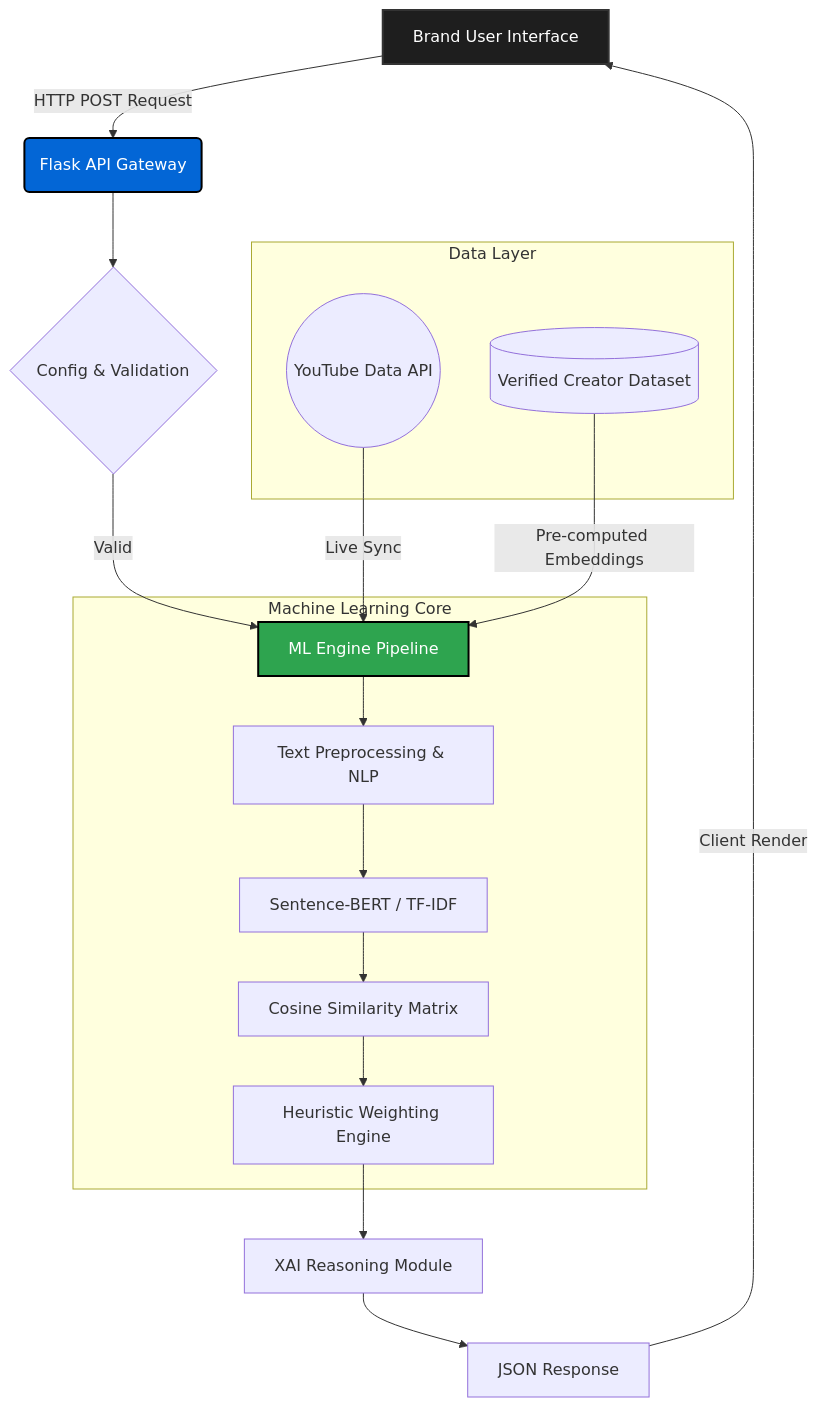
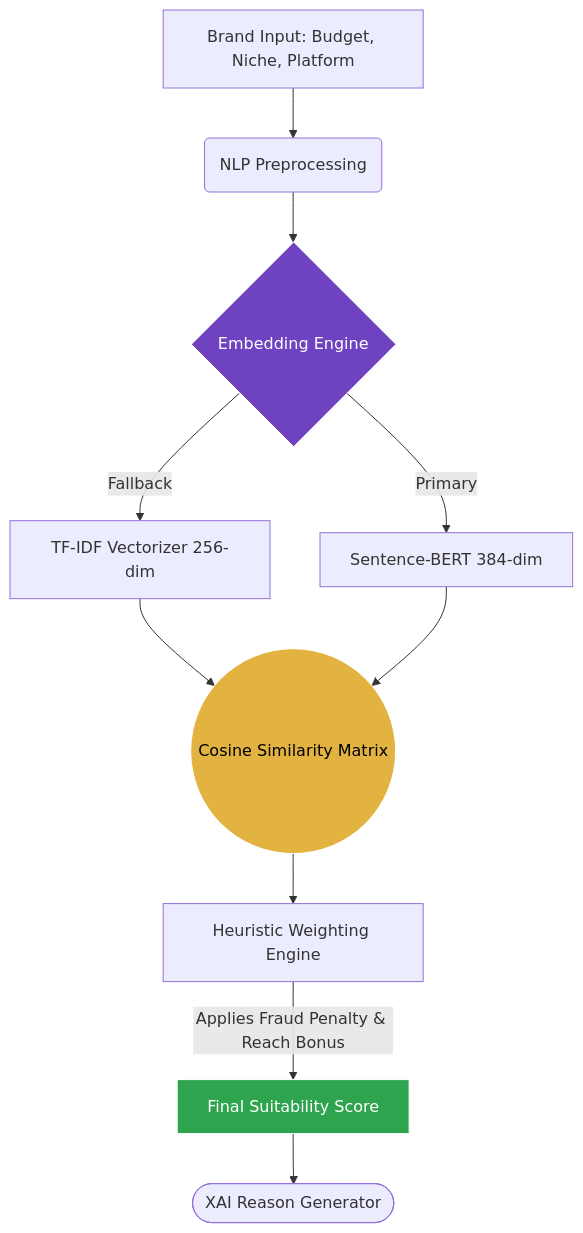
Before and after one commit to JiveshCodes/InfluenceIQ: the second of 2 diagrams in README.md, drawn with Mermaid. The commit also changed other lines of this file and 7 other files, not shown here.

Commit message:
19. docs: add project status transparency and MVP roadmap section

````diff
--- a/README.md
+++ b/README.md
@@ -50,29 +118,19 @@
 ```mermaid
 graph TD
-    A[Brand User Interface] -->|HTTP POST Request| B(Flask API Gateway)
-    B --> C{Config & Validation}
-    C -->|Valid| D[ML Engine Pipeline]
+    A[Brand Input: Budget, Niche, Platform] --> B(NLP Preprocessing)
+    B --> C{Embedding Engine}
     
-    subgraph Data Layer
-        E[(Verified Creator Dataset)]
-        F((YouTube Data API))
-    end
+    C -->|Fallback| D[TF-IDF Vectorizer 256-dim]
+    C -->|Primary| E[Sentence-BERT 384-dim]
     
-    F -->|Live Sync| D
-    E -->|Pre-computed Embeddings| D
+    D --> F((Cosine Similarity Matrix))
+    E --> F
     
-    subgraph Machine Learning Core
-        D --> G[Text Preprocessing & NLP]
-        G --> H[Sentence-BERT / TF-IDF]
-        H --> I[Cosine Similarity Matrix]
-        I --> J[Heuristic Weighting Engine]
-    end
+    F --> G[Heuristic Weighting Engine]
+    G -->|Applies Fraud Penalty & Reach Bonus| H[Final Suitability Score]
+    H --> I([XAI Reason Generator])
     
-    J --> K[XAI Reasoning Module]
-    K --> L[JSON Response]
-    L -->|Client Render| A
-    
-    style A fill:#1e1e1e,stroke:#333,stroke-width:2px,color:#fff
-    style B fill:#0366d6,stroke:#000,stroke-width:2px,color:#fff
-    style D fill:#2ea44f,stroke:#000,stroke-width:2px,color:#fff
+    style C fill:#6f42c1,stroke:#fff,color:#fff
+    style F fill:#e3b341,stroke:#fff,color:#000
+    style H fill:#2ea44f,stroke:#fff,color:#fff
 ```
````
